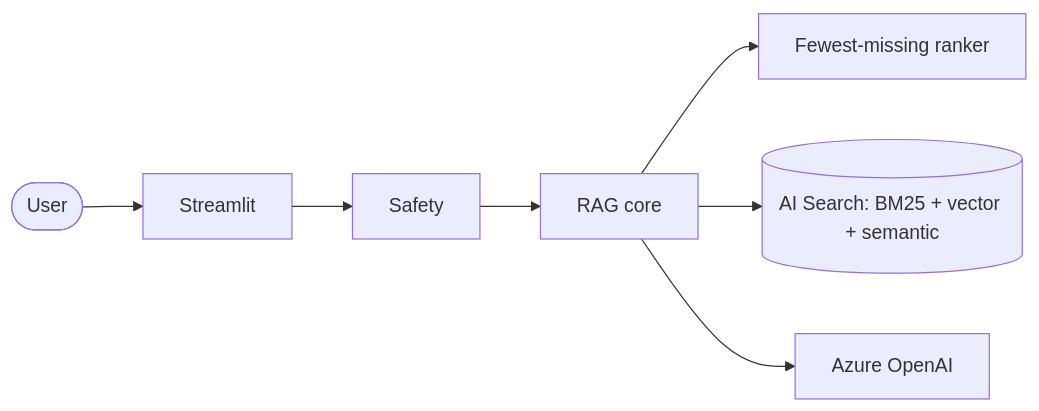
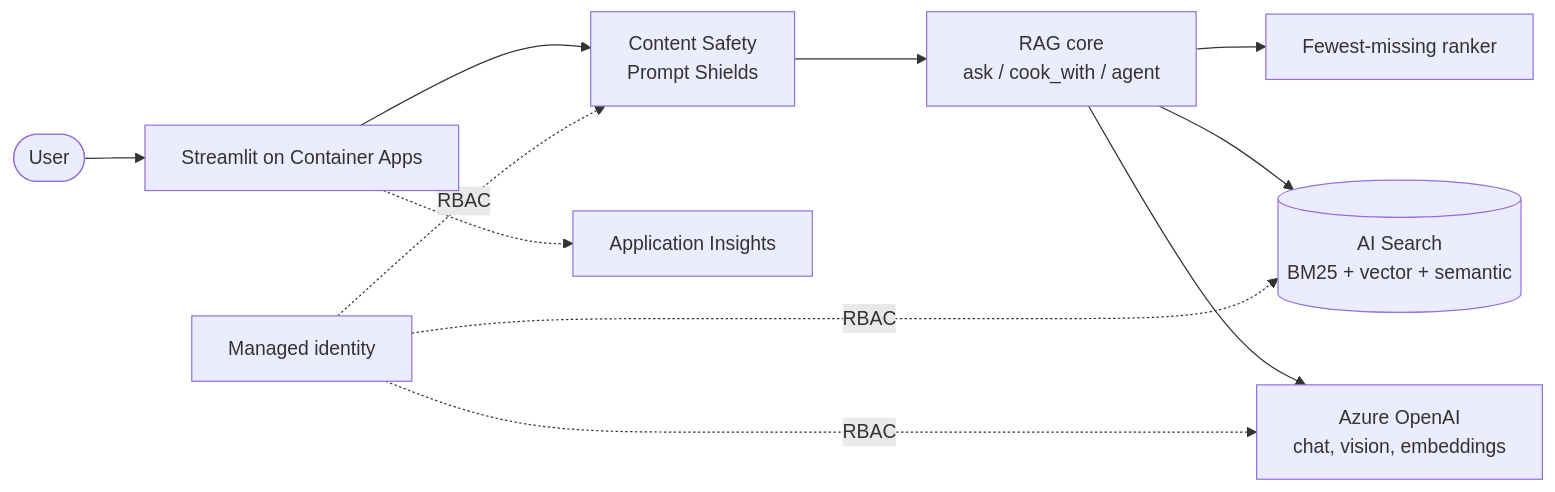
One commit to silent-vector-26/sous-chef-rag-cookbook changed the diagram in README.md. Above: the diagram before and after it, drawn with Mermaid. The commit also changed other lines of this file and 3 other files, not shown here.

First line of the commit message:
README: live demo, screenshots, architecture and design decisions (#4)

````diff
--- a/README.md
+++ b/README.md
@@ -12,7 +18,9 @@
 ```mermaid
 flowchart LR
-    U([User]) --> UI[Streamlit] --> SAFE[Safety] --> CORE[RAG core]
+    U([User]) --> UI[Streamlit on Container Apps] --> SAFE[Content Safety<br/>Prompt Shields] --> CORE[RAG core<br/>ask / cook_with / agent]
     CORE --> RANK[Fewest-missing ranker]
-    CORE --> AIS[(AI Search: BM25 + vector + semantic)]
-    CORE --> AOAI[Azure OpenAI]
+    CORE --> AIS[(AI Search<br/>BM25 + vector + semantic)]
+    CORE --> AOAI[Azure OpenAI<br/>chat, vision, embeddings]
+    UI -.-> AI[Application Insights]
+    MI[Managed identity] -.RBAC.-> AIS & AOAI & SAFE
 ```
````
